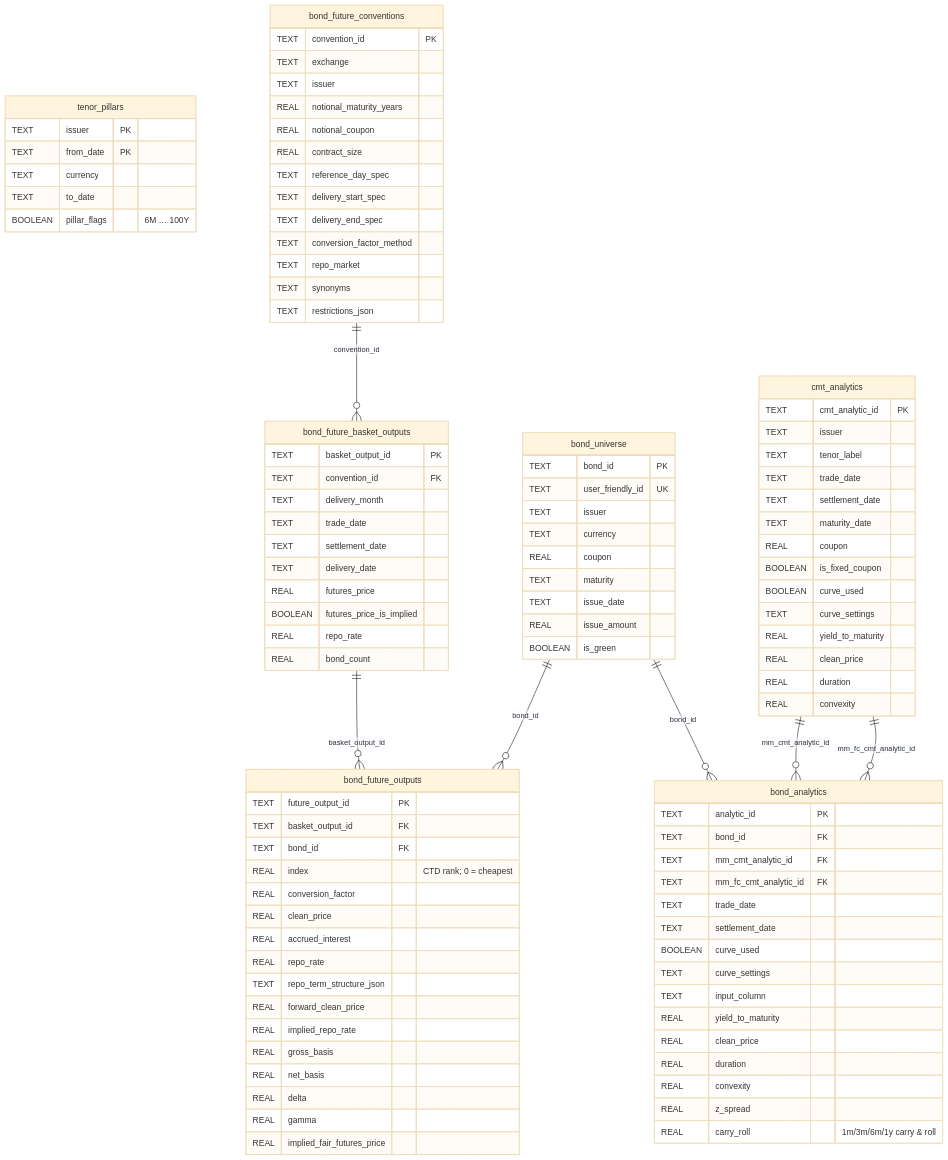
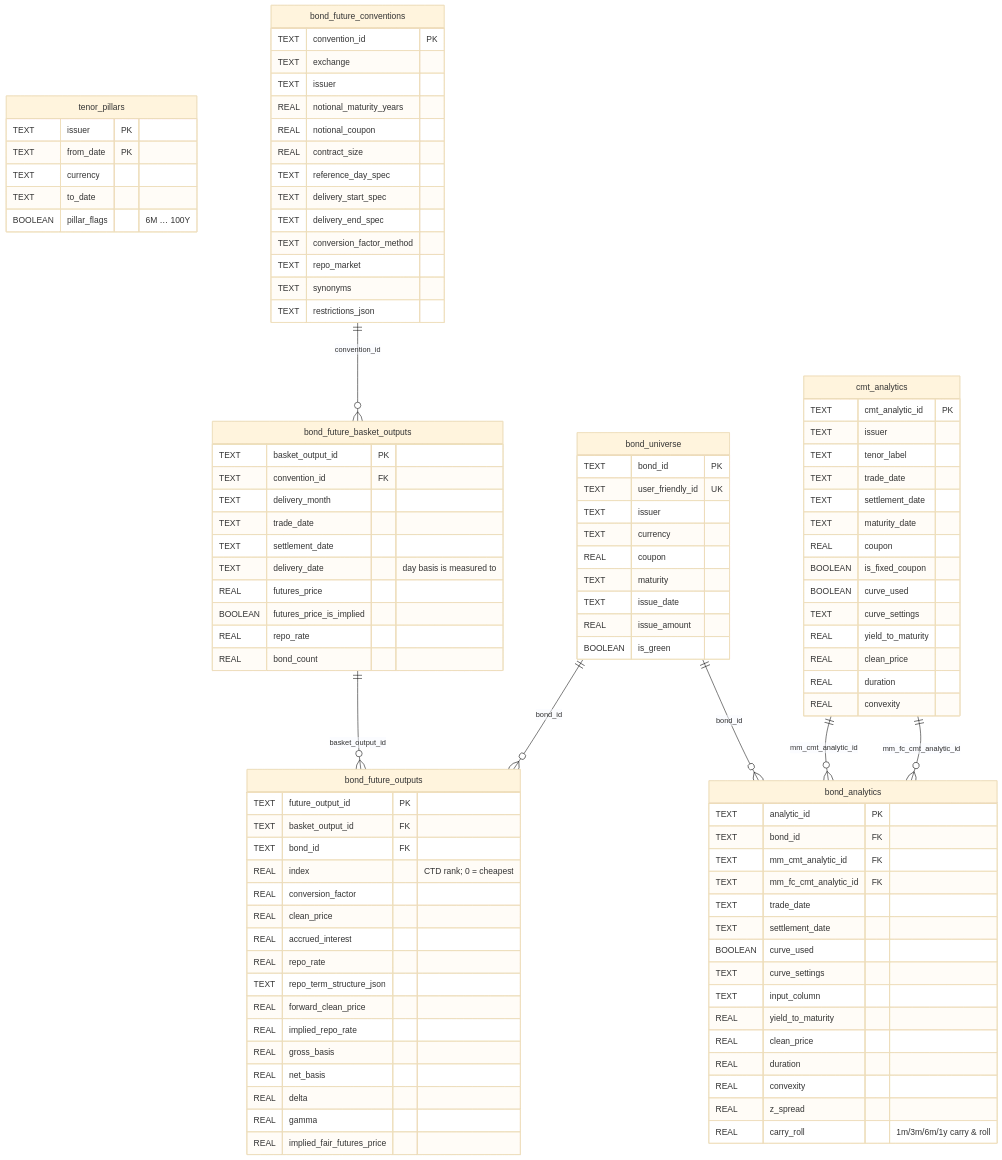
Before and after one commit to FulgentMcGuffin/cqfi: the first of 2 diagrams in README.md, drawn with Mermaid (base theme). The commit also changed other lines of this file and 18 other files, not shown here.

First line of the commit message:
feat: enhance bond future analytics with delivery date options

```diff
--- a/README.md
+++ b/README.md
@@ -912,7 +956,7 @@
         TEXT delivery_month
         TEXT trade_date
         TEXT settlement_date
-        TEXT delivery_date
+        TEXT delivery_date "day basis is measured to"
         REAL futures_price
         BOOLEAN futures_price_is_implied
         REAL repo_rate
```
